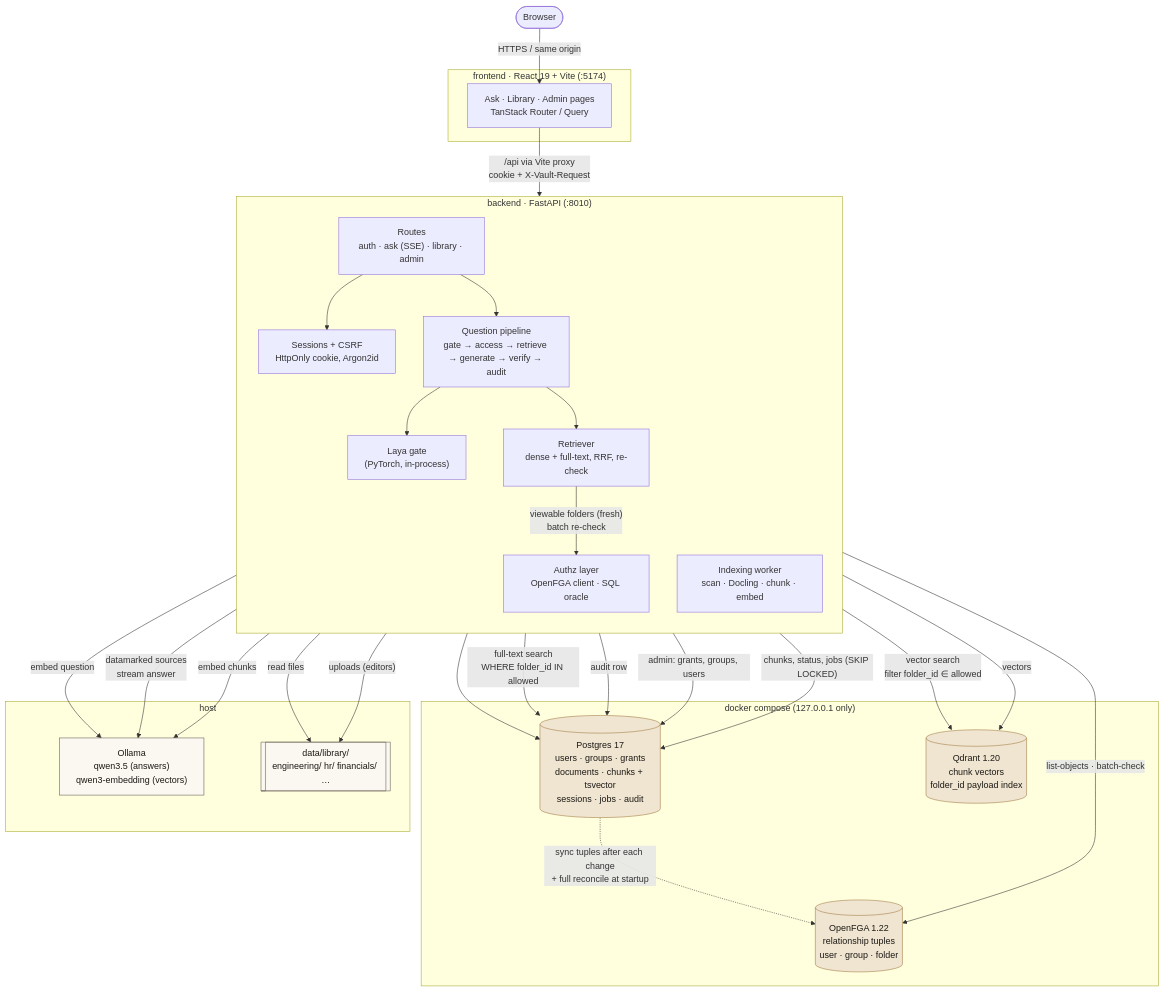
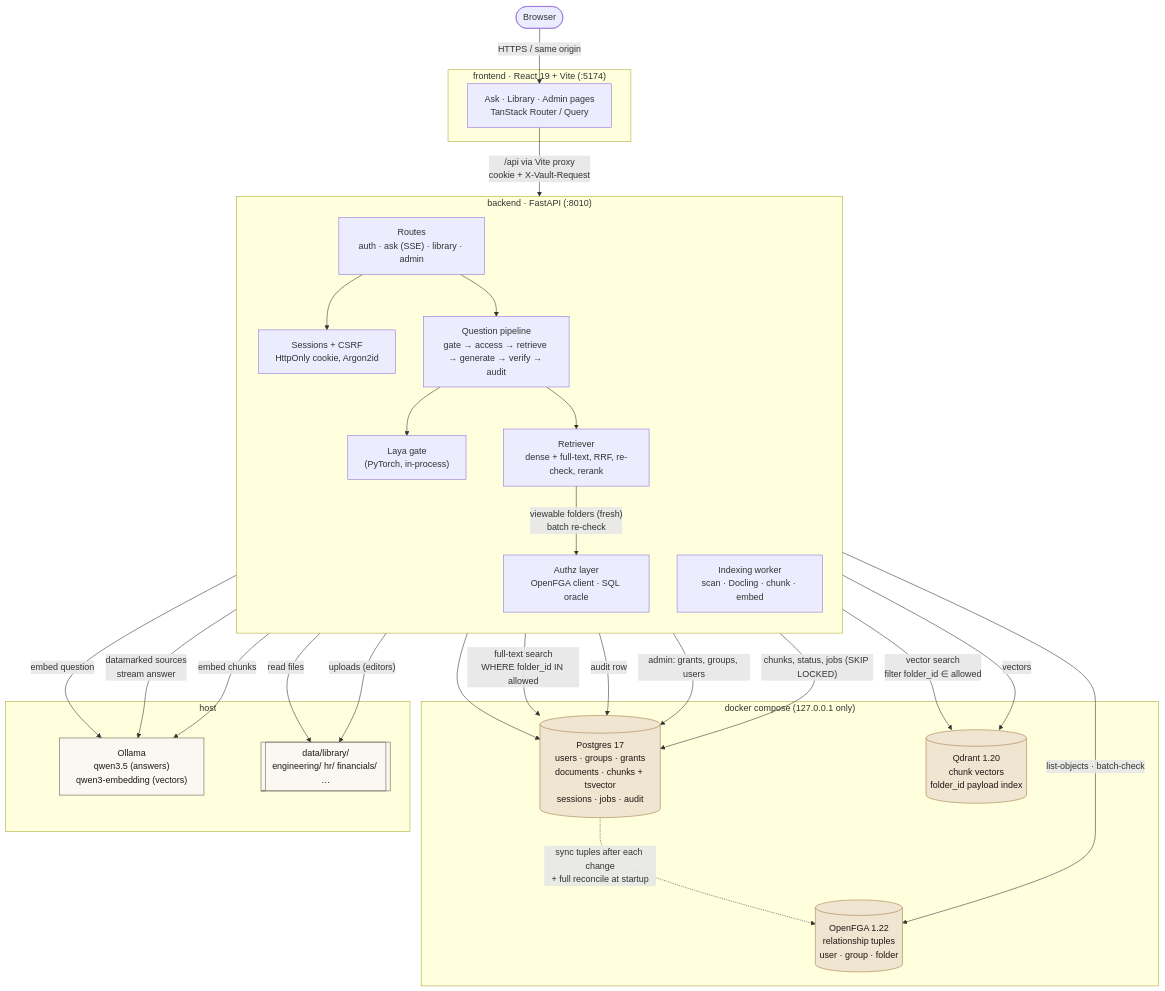
One commit to Arjun-Sharma-git/Sentinel-Vault changed the first of 2 diagrams in README.md. Above: the diagram before and after it, drawn with Mermaid. The commit also changed other lines of this file and 22 other files, not shown here.

````diff
--- a/README.md
+++ b/README.md
@@ -27,56 +27,56 @@
 ```mermaid
 flowchart TB
   user(["Browser"])
 
   subgraph ui["frontend · React 19 + Vite (:5174)"]
     pages["Ask · Library · Admin pages<br/>TanStack Router / Query"]
   end
 
   subgraph api["backend · FastAPI (:8010)"]
     direction TB
     routes["Routes<br/>auth · ask (SSE) · library · admin"]
     sessions["Sessions + CSRF<br/>HttpOnly cookie, Argon2id"]
     pipeline["Question pipeline<br/>gate → access → retrieve → generate → verify → audit"]
     gate["Laya gate<br/>(PyTorch, in-process)"]
-    retriever["Retriever<br/>dense + full-text, RRF, re-check"]
+    retriever["Retriever<br/>dense + full-text, RRF, re-check, rerank"]
     authz["Authz layer<br/>OpenFGA client · SQL oracle"]
     worker["Indexing worker<br/>scan · Docling · chunk · embed"]
   end
 
   subgraph data["docker compose (127.0.0.1 only)"]
     pg[("Postgres 17<br/>users · groups · grants<br/>documents · chunks + tsvector<br/>sessions · jobs · audit")]
     fga[("OpenFGA 1.22<br/>relationship tuples<br/>user · group · folder")]
     qd[("Qdrant 1.20<br/>chunk vectors<br/>folder_id payload index")]
   end
 
   subgraph host["host"]
     ollama["Ollama<br/>qwen3.5 (answers)<br/>qwen3-embedding (vectors)"]
     lib[["data/library/<br/>engineering/ hr/ financials/ …"]]
   end
 
   user -->|"HTTPS / same origin"| pages
   pages -->|"/api via Vite proxy<br/>cookie + X-Vault-Request"| routes
   routes --> sessions --> pg
   routes --> pipeline
   pipeline --> gate
   pipeline --> retriever
   retriever -->|"viewable folders (fresh)<br/>batch re-check"| authz
   authz -->|"list-objects · batch-check"| fga
   retriever -->|"vector search<br/>filter folder_id ∈ allowed"| qd
   retriever -->|"full-text search<br/>WHERE folder_id IN allowed"| pg
   retriever -->|"embed question"| ollama
   pipeline -->|"datamarked sources<br/>stream answer"| ollama
   pipeline -->|"audit row"| pg
   routes -->|"admin: grants, groups, users"| pg
   pg -.->|"sync tuples after each change<br/>+ full reconcile at startup"| fga
   worker -->|"read files"| lib
   worker -->|"chunks, status, jobs (SKIP LOCKED)"| pg
   worker -->|"vectors"| qd
   worker -->|"embed chunks"| ollama
   routes -->|"uploads (editors)"| lib
 
   classDef store fill:#f0e5d1,stroke:#a27a45,color:#1b1814
   classDef svc fill:#fbf8f2,stroke:#665e53,color:#1b1814
   class pg,fga,qd store
   class ollama,lib svc
 ```
````
